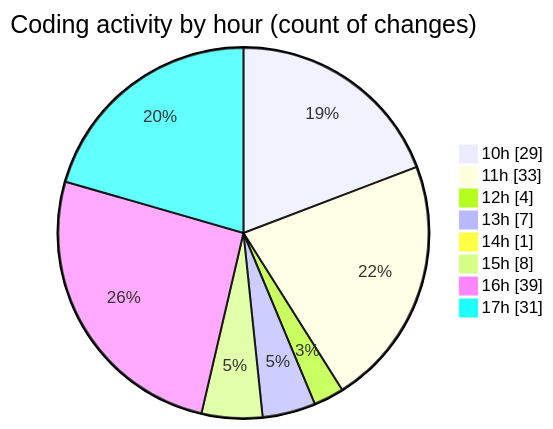
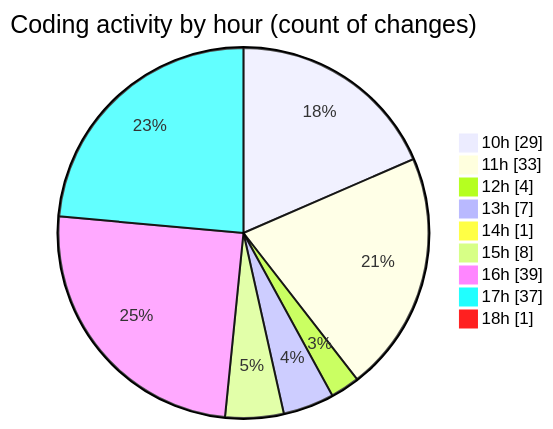
The second of 2 diagrams in 2025-06-05/cda/README.md (momahboobian/code-tracking), drawn with Mermaid before and after one commit. The commit also changed other lines of this file and 1 other file, not shown here.

````diff
--- a/2025-06-05/cda/README.md
+++ b/2025-06-05/cda/README.md
@@ -66,12 +66,13 @@
 ```mermaid
 pie showData
 title Coding activity by hour (count of changes)
 "10h" : 29
 "11h" : 33
 "12h" : 4
 "13h" : 7
 "14h" : 1
 "15h" : 8
 "16h" : 39
-"17h" : 31
+"17h" : 37
+"18h" : 1
 ```
````
